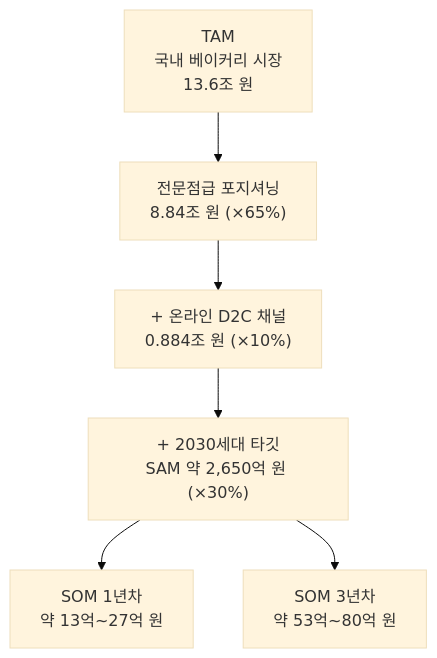
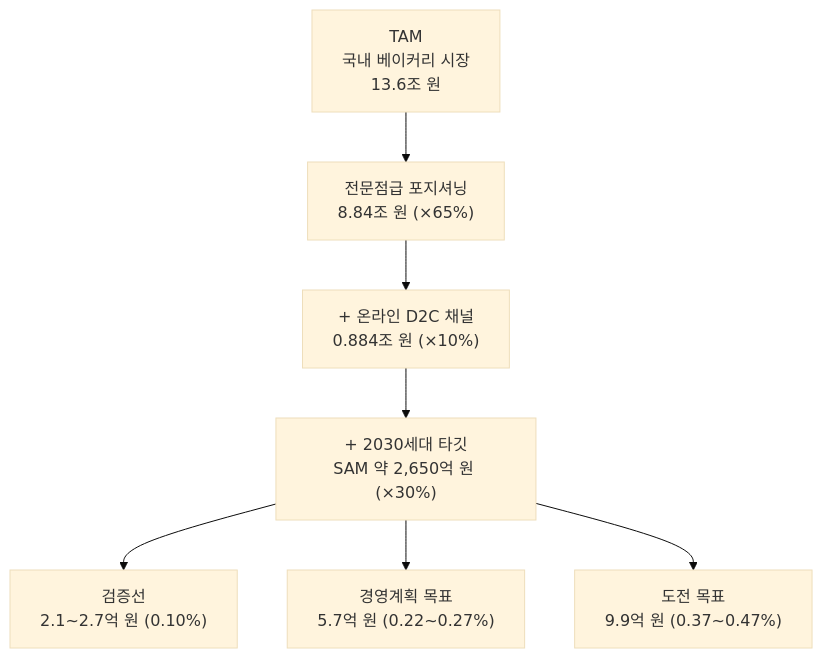
One commit to jennie-brain/makji-personal changed the first of 2 diagrams in makji-personal/docs/06_market_analysis/04_TAM_SAM_SOM.md. Above: the diagram before and after it, drawn with Mermaid (base theme). The commit also changed other lines of this file and 2 other files, not shown here.

````diff
--- a/makji-personal/docs/06_market_analysis/04_TAM_SAM_SOM.md
+++ b/makji-personal/docs/06_market_analysis/04_TAM_SAM_SOM.md
@@ -38,8 +38,9 @@
 ```mermaid
 flowchart TD
     A["TAM<br/>국내 베이커리 시장<br/>13.6조 원"] --> B["전문점급 포지셔닝<br/>8.84조 원 (×65%)"]
     B --> C["+ 온라인 D2C 채널<br/>0.884조 원 (×10%)"]
     C --> D["+ 2030세대 타깃<br/>SAM 약 2,650억 원 (×30%)"]
-    D --> E["SOM 1년차<br/>약 13억~27억 원"]
-    D --> F["SOM 3년차<br/>약 53억~80억 원"]
+    D --> E["검증선<br/>2.1~2.7억 원 (0.10%)"]
+    D --> F["경영계획 목표<br/>5.7억 원 (0.22~0.27%)"]
+    D --> G["도전 목표<br/>9.9억 원 (0.37~0.47%)"]
 ```
````
